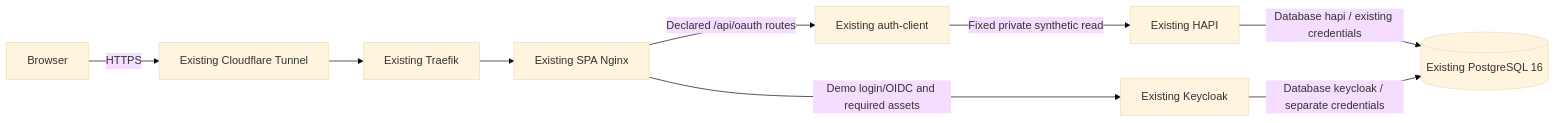
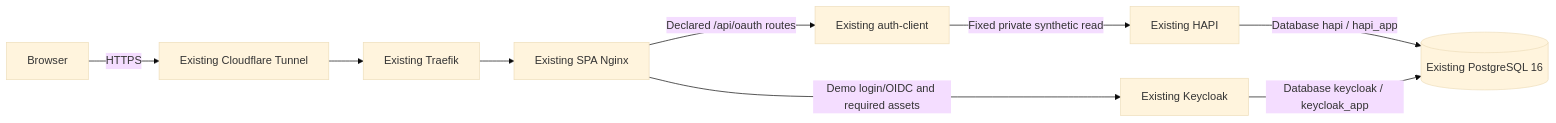
One commit to AhmetCavus/epa-lab changed the diagram in openspec/changes/public-playground-oauth-deployment/design.md. Above: the diagram before and after it, drawn with Mermaid (base theme). The commit also changed other lines of this file and 3 other files, not shown here.

````diff
--- a/openspec/changes/public-playground-oauth-deployment/design.md
+++ b/openspec/changes/public-playground-oauth-deployment/design.md
@@ -37,11 +37,11 @@
 ```mermaid
 flowchart LR
   Browser -->|HTTPS| CF[Existing Cloudflare Tunnel]
   CF --> T[Existing Traefik]
   T --> N[Existing SPA Nginx]
   N -->|Declared /api/oauth routes| B[Existing auth-client]
   N -->|Demo login/OIDC and required assets| K[Existing Keycloak]
   B -->|Fixed private synthetic read| H[Existing HAPI]
-  H -->|Database hapi / existing credentials| P[(Existing PostgreSQL 16)]
-  K -->|Database keycloak / separate credentials| P
+  H -->|Database hapi / hapi_app| P[(Existing PostgreSQL 16)]
+  K -->|Database keycloak / keycloak_app| P
 ```
````
